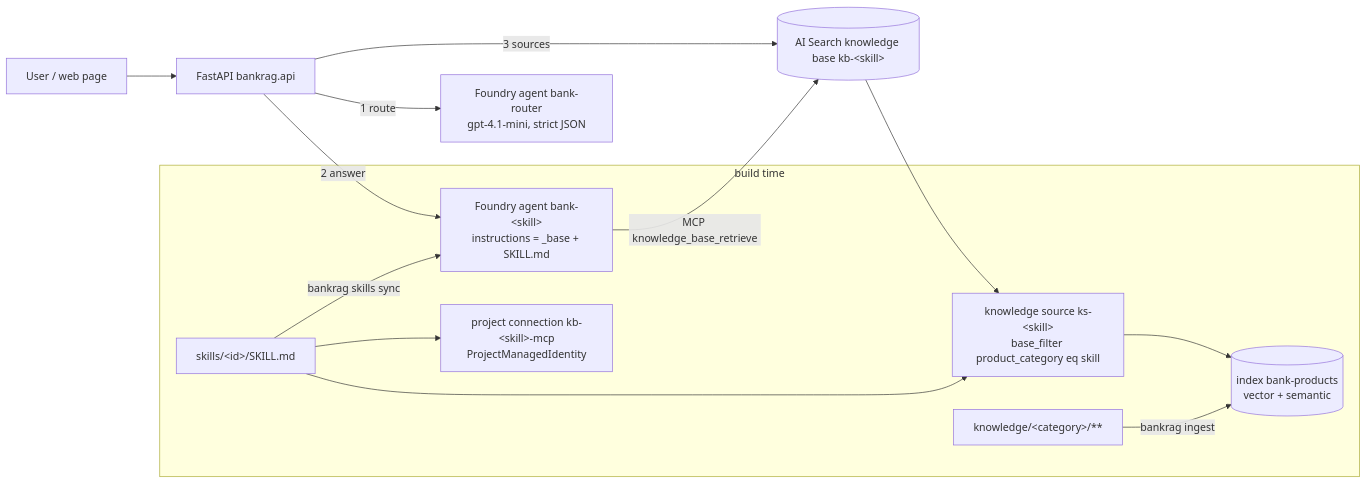
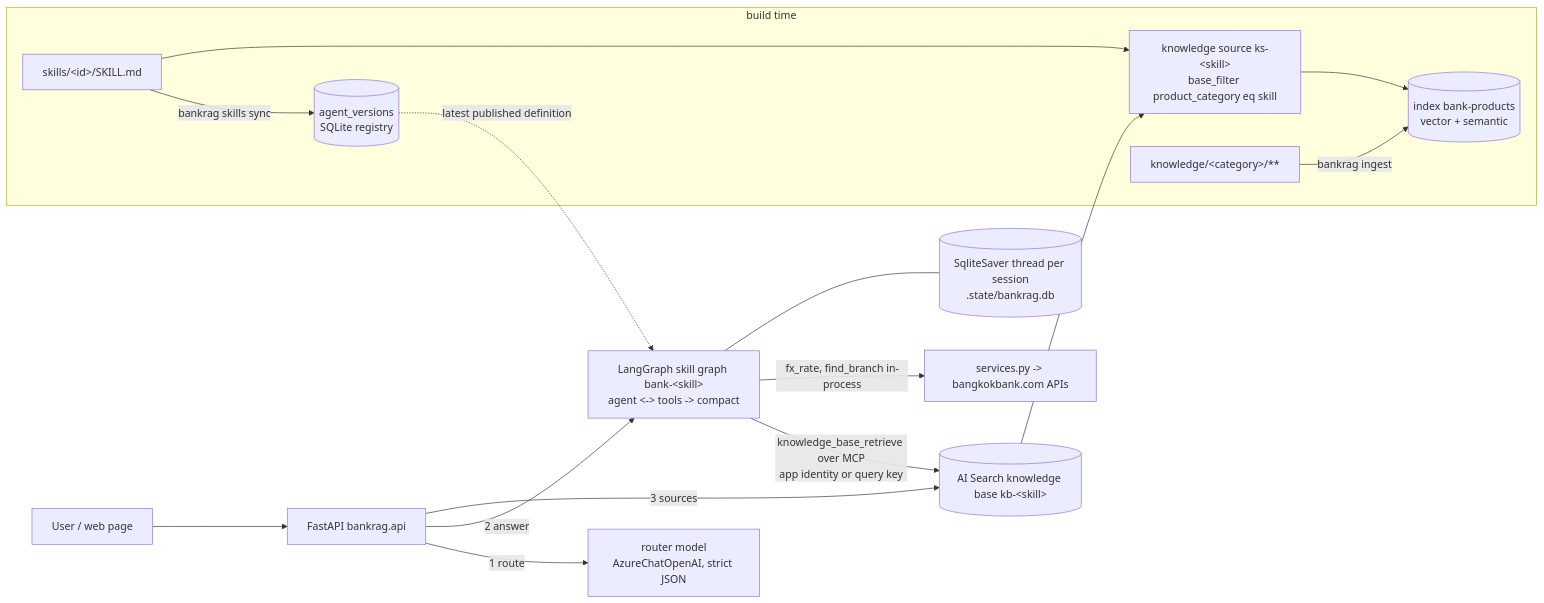
One commit to chanthaphan/agentic-rag-poc changed the diagram in docs/architecture.md. Above: the diagram before and after it, drawn with Mermaid. The commit also changed other lines of this file and 65 other files, not shown here.

First line of the commit message:
The agents run on LangGraph instead of Foundry

````diff
--- a/docs/architecture.md
+++ b/docs/architecture.md
@@ -5,16 +5,18 @@
 ```mermaid
 flowchart LR
   U[User / web page] --> API[FastAPI bankrag.api]
-  API -->|1 route| RA[Foundry agent bank-router\ngpt-4.1-mini, strict JSON]
-  API -->|2 answer| SA[Foundry agent bank-&lt;skill&gt;\ninstructions = _base + SKILL.md]
-  SA -->|MCP knowledge_base_retrieve| KB[(AI Search knowledge base kb-&lt;skill&gt;)]
+  API -->|1 route| RM[router model\nAzureChatOpenAI, strict JSON]
+  API -->|2 answer| G[LangGraph skill graph bank-&lt;skill&gt;\nagent &lt;-&gt; tools -&gt; compact]
+  G -->|knowledge_base_retrieve over MCP\napp identity or query key| KB[(AI Search knowledge base kb-&lt;skill&gt;)]
+  G -->|fx_rate, find_branch in-process| SV[services.py -&gt; bangkokbank.com APIs]
   KB --> KS[knowledge source ks-&lt;skill&gt;\nbase_filter product_category eq skill]
   KS --> IDX[(index bank-products\nvector + semantic)]
   API -->|3 sources| KB
+  G --- CK[(SqliteSaver thread per session\n.state/bankrag.db)]
   subgraph build time
-    SK[skills/&lt;id&gt;/SKILL.md] -->|bankrag skills sync| SA
+    SK[skills/&lt;id&gt;/SKILL.md] -->|bankrag skills sync| AV[(agent_versions\nSQLite registry)]
     SK --> KS
-    SK --> CONN[project connection kb-&lt;skill&gt;-mcp\nProjectManagedIdentity]
     DOCS[knowledge/&lt;category&gt;/**] -->|bankrag ingest| IDX
   end
+  AV -.->|latest published definition| G
 ```
````
